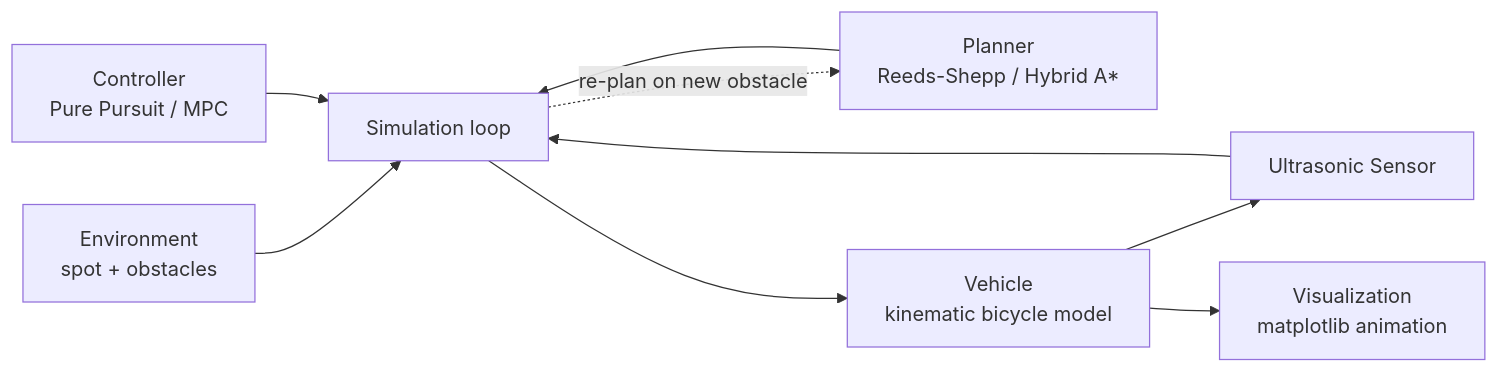
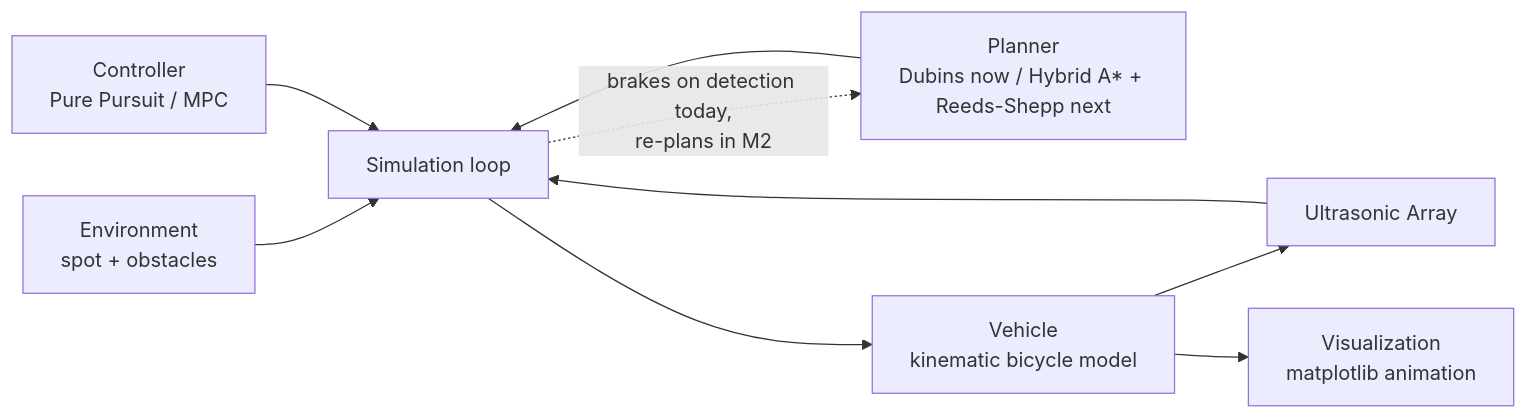
Before and after one commit to nkabra56/av-stack-sim: the diagram in DESIGN.md, drawn with Mermaid. The commit also changed other lines of this file and 30 other files, not shown here.

First line of the commit message:
Rebuild as auto_park package: Dubins planner, MPC controller, fixed core bugs

````diff
--- a/DESIGN.md
+++ b/DESIGN.md
@@ -24,11 +24,11 @@
 ```mermaid
 flowchart LR
     Env[Environment<br/>spot + obstacles] --> Sim[Simulation loop]
-    Sensor[Ultrasonic Sensor] --> Sim
-    Planner[Planner<br/>Reeds-Shepp / Hybrid A*] --> Sim
+    Sensor[Ultrasonic Array] --> Sim
+    Planner[Planner<br/>Dubins now / Hybrid A* + Reeds-Shepp next] --> Sim
     Controller[Controller<br/>Pure Pursuit / MPC] --> Sim
     Sim --> Vehicle[Vehicle<br/>kinematic bicycle model]
     Vehicle --> Sensor
     Vehicle --> Viz[Visualization<br/>matplotlib animation]
-    Sim -.re-plan on new obstacle.-> Planner
+    Sim -.brakes on detection today,<br/>re-plans in M2.-> Planner
 ```
````
